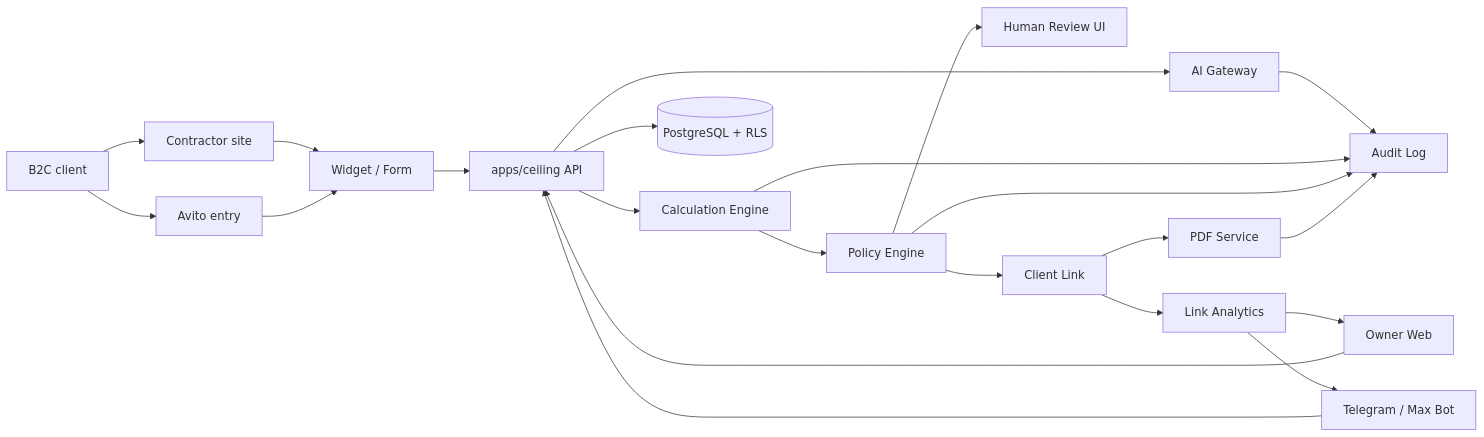
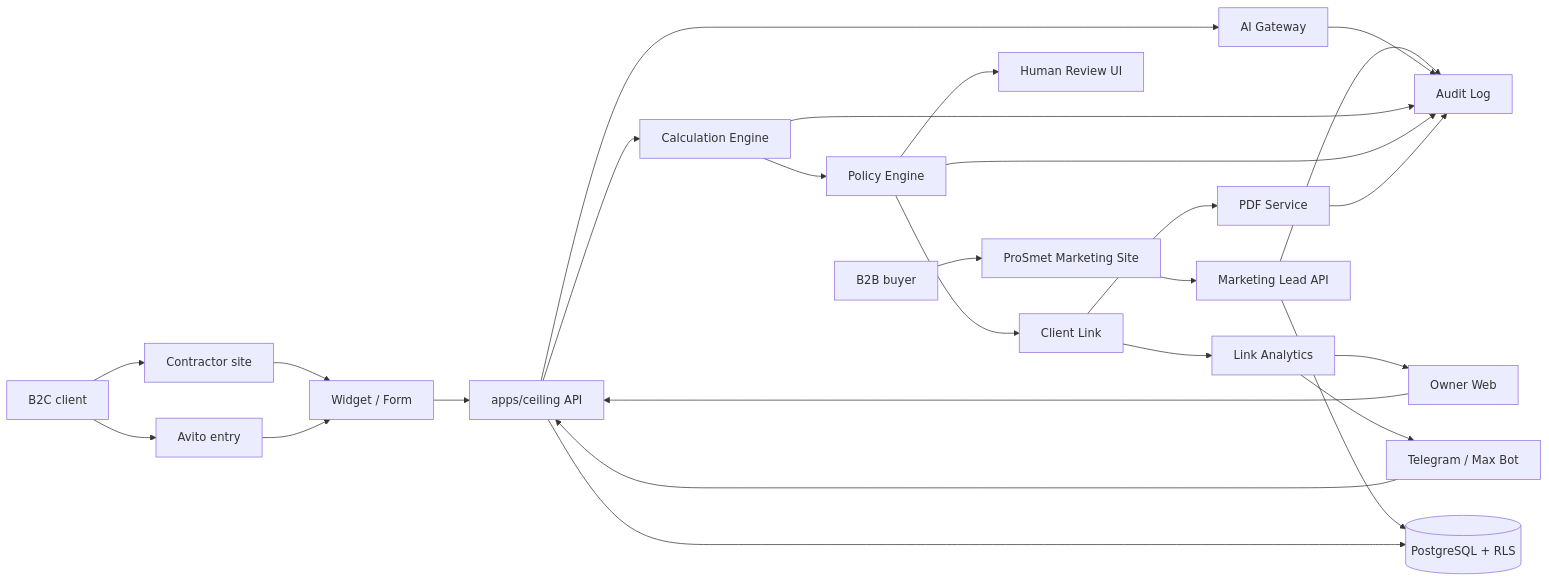
The first of 4 diagrams in docs/SolutionDesign.md (pavlov-russia/ProSmet_Clean), drawn with Mermaid before and after one commit. The commit also changed other lines of this file and 39 other files, not shown here.

Commit message:
docs: add visual identity and marketing site architecture

````diff
--- a/docs/SolutionDesign.md
+++ b/docs/SolutionDesign.md
@@ -112,41 +124,48 @@
 ```mermaid
 flowchart LR
   Client["B2C client"]
+  Buyer["B2B buyer"]
+  MarketingSite["ProSmet Marketing Site"]
+  MarketingLead["Marketing Lead API"]
   Site["Contractor site"]
   Avito["Avito entry"]
   Widget["Widget / Form"]
   API["apps/ceiling API"]
   AIGW["AI Gateway"]
   Calc["Calculation Engine"]
   Policy["Policy Engine"]
   Review["Human Review UI"]
   Link["Client Link"]
   PDF["PDF Service"]
   Analytics["Link Analytics"]
   OwnerWeb["Owner Web"]
   OwnerBot["Telegram / Max Bot"]
   DB[("PostgreSQL + RLS")]
   Audit["Audit Log"]
 
+  Buyer --> MarketingSite
+  MarketingSite --> MarketingLead
+  MarketingLead --> DB
+  MarketingLead --> Audit
   Client --> Site
   Client --> Avito
   Site --> Widget
   Avito --> Widget
   Widget --> API
   API --> AIGW
   API --> Calc
   Calc --> Policy
   Policy --> Link
   Policy --> Review
   Link --> PDF
   Link --> Analytics
   Analytics --> OwnerWeb
   Analytics --> OwnerBot
   API --> DB
   AIGW --> Audit
   Calc --> Audit
   Policy --> Audit
   PDF --> Audit
   OwnerWeb --> API
   OwnerBot --> API
 ```
````
